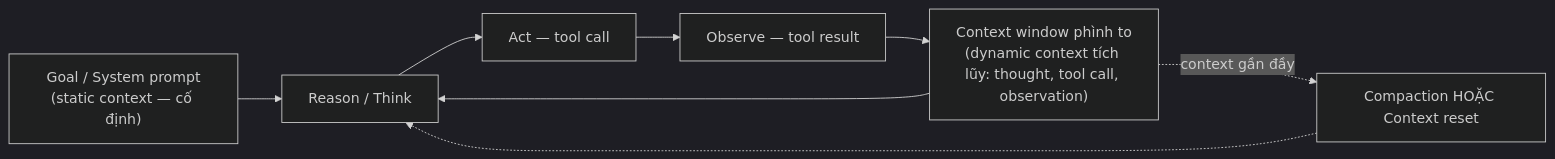
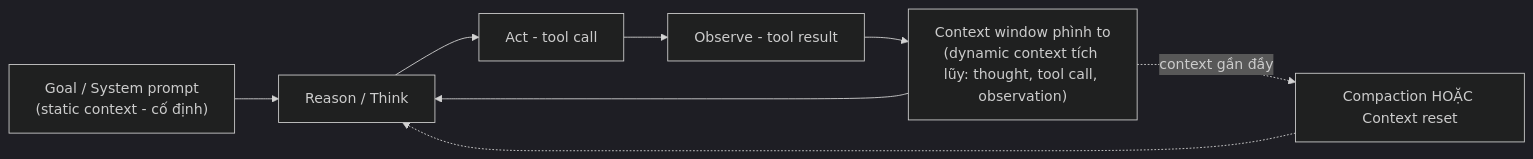
The second of 6 diagrams in src/content/posts/agentic-ai-failure-modes.md (hieplam/memo), drawn with Mermaid (dark theme) before and after one commit. The commit also changed other lines of this file and 131 other files, not shown here.

````diff
--- a/src/content/posts/agentic-ai-failure-modes.md
+++ b/src/content/posts/agentic-ai-failure-modes.md
@@ -63,10 +63,10 @@
 ```mermaid
 flowchart LR
-    G["Goal / System prompt<br/>(static context — cố định)"] --> R["Reason / Think"]
-    R --> A["Act — tool call"]
-    A --> O["Observe — tool result"]
+    G["Goal / System prompt<br/>(static context - cố định)"] --> R["Reason / Think"]
+    R --> A["Act - tool call"]
+    A --> O["Observe - tool result"]
     O --> C["Context window phình to<br/>(dynamic context tích lũy: thought, tool call, observation)"]
     C --> R
     C -.->|"context gần đầy"| F["Compaction HOẶC Context reset"]
     F -.-> R
 ```
````
